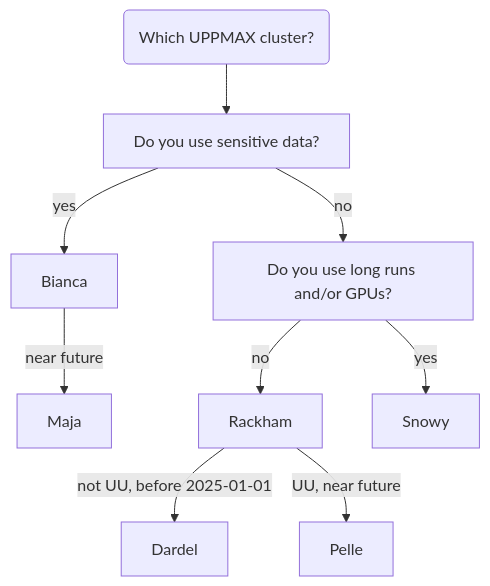
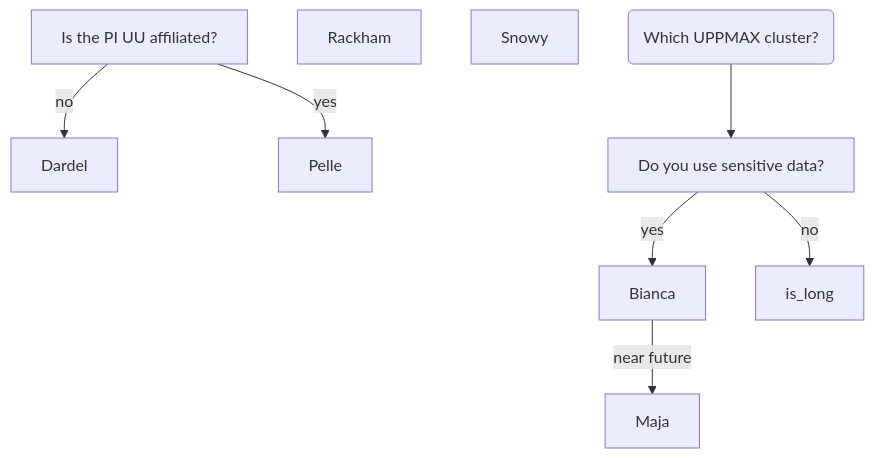
Before and after one commit to UPPMAX/UPPMAX-documentation: the first of 3 diagrams in docs/cluster_guides/uppmax_cluster.md, drawn with Mermaid. The commit also changed other lines of this file, not shown here.

Commit message:
uppmax_cluster.md updating and cleaning rackham

````diff
--- a/docs/cluster_guides/uppmax_cluster.md
+++ b/docs/cluster_guides/uppmax_cluster.md
@@ -46,22 +57,19 @@
 ```mermaid
 flowchart TD
     UPPMAX(Which UPPMAX cluster?)
     Bianca
     Dardel
     Maja
     Pelle
     Rackham
     Snowy
     is_sensitive[Do you use sensitive data?]
-    is_long[Do you use long runs and/or GPUs?]
+    is_local[Is the PI UU affiliated?]
 
     UPPMAX --> is_sensitive
     is_sensitive --> |yes|Bianca
     is_sensitive --> |no|is_long
-    is_long --> |no|Rackham
-    is_long --> |yes|Snowy
+    is_local --> |no|Dardel
+    is_local --> |yes|Pelle
     Bianca --> |near future| Maja
-
-    Rackham --> |not UU, before 2025-01-01| Dardel
-    Rackham --> |UU, near future| Pelle
 ```
````
